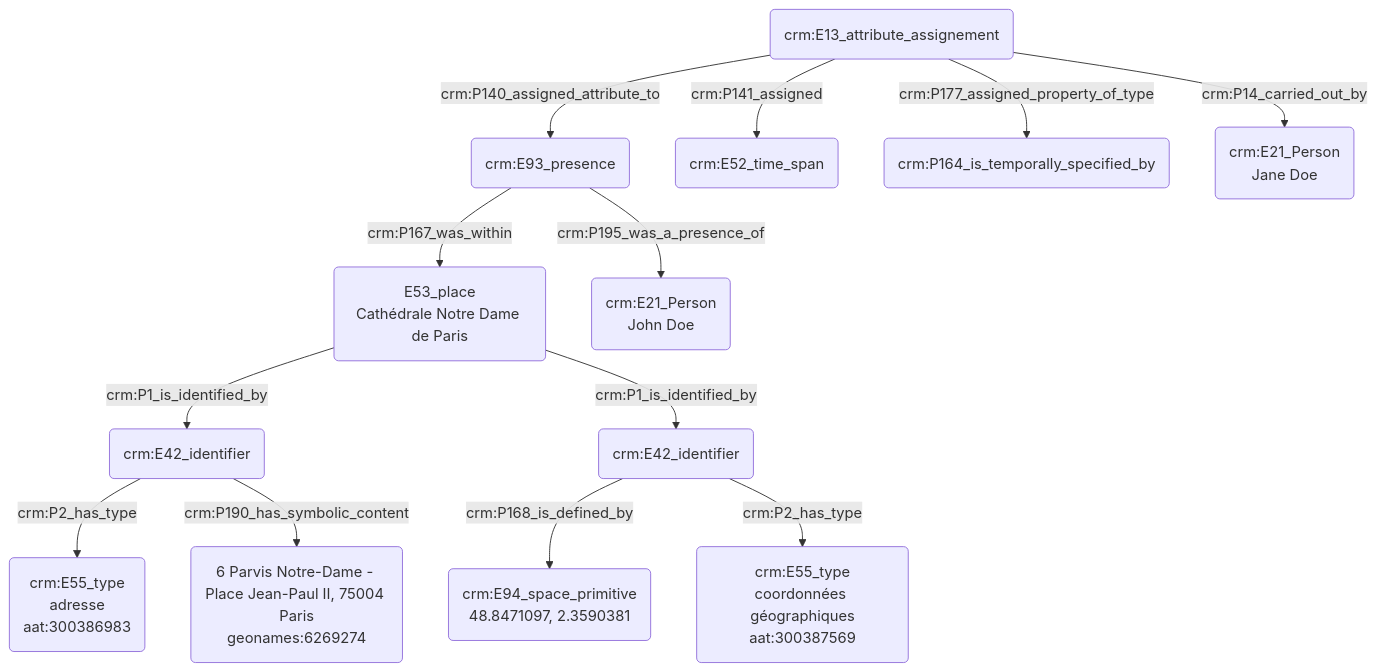
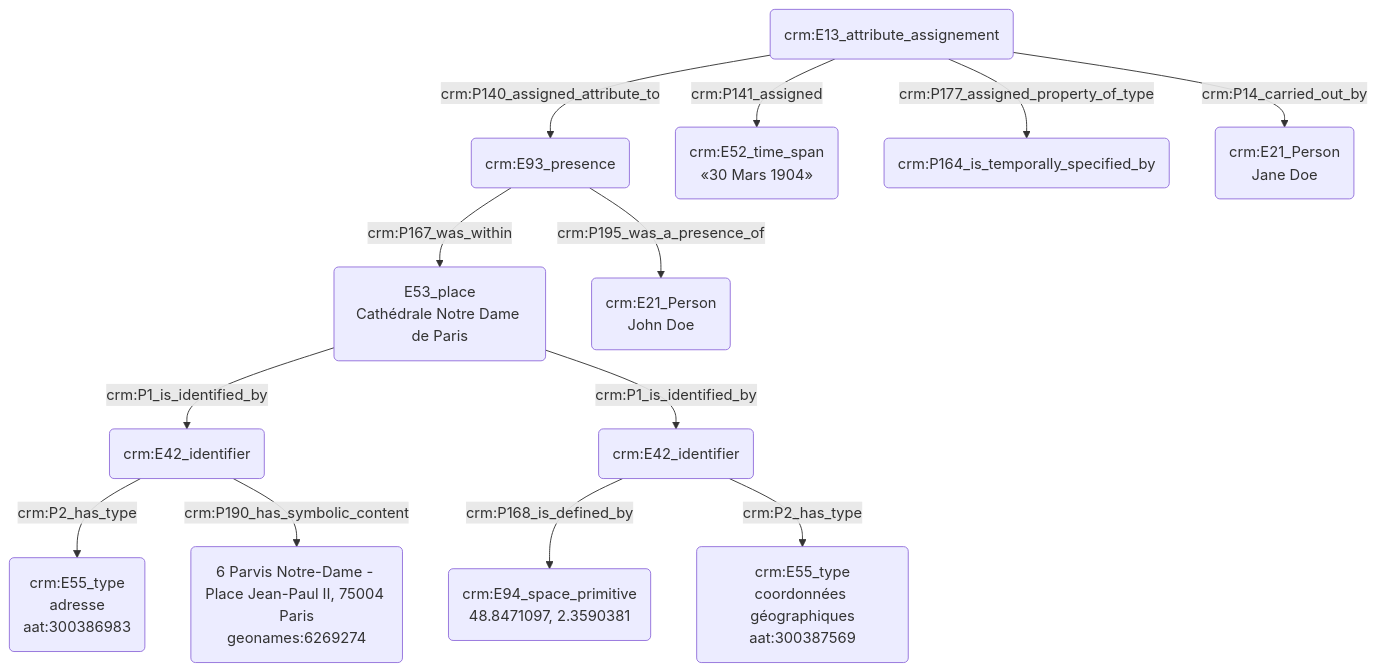
Before and after one commit to Amleth/consortium-musica2-gt2-ontologies: the diagram in modules/livrables/Dossier 2/Prosopographie/fréquentation d'un lieu à un instant donné.md, drawn with Mermaid.

Commit message:
Update fréquentation d'un lieu à un instant donné.md

````diff
--- a/modules/livrables/Dossier 2/Prosopographie/fréquentation d'un lieu à un instant donné.md
+++ b/modules/livrables/Dossier 2/Prosopographie/fréquentation d'un lieu à un instant donné.md
@@ -17,20 +17,20 @@
 ```mermaid
 graph TD;
 
 I(E53_place<br>Cathédrale Notre Dame de Paris) --> |crm:P1_is_identified_by| M(crm:E42_identifier)
 M(crm:E42_identifier) --> |crm:P2_has_type| K(crm:E55_type<br>adresse<br>aat:300386983)
 M(crm:E42_identifier) --> |crm:P190_has_symbolic_content| N(6 Parvis Notre-Dame - Place Jean-Paul II, 75004 Paris<br>geonames:6269274)
 I(E53_place<br>Cathédrale Notre Dame de Paris) --> |crm:P1_is_identified_by| X(crm:E42_identifier)
 X(crm:E42_identifier) --> |crm:P168_is_defined_by| L(crm:E94_space_primitive<br>48.8471097, 2.3590381)
 X(crm:E42_identifier) --> |crm:P2_has_type| Y(crm:E55_type<br>coordonnées géographiques<br>aat:300387569)
 
 
 U(crm:E13_attribute_assignement) --> |crm:P140_assigned_attribute_to| R(crm:E93_presence)
-U(crm:E13_attribute_assignement) --> |crm:P141_assigned| D(crm:E52_time_span)
+U(crm:E13_attribute_assignement) --> |crm:P141_assigned| D(crm:E52_time_span<br>«30 Mars 1904»)
 U(crm:E13_attribute_assignement) --> |crm:P177_assigned_property_of_type| S(crm:P164_is_temporally_specified_by)
 U(crm:E13_attribute_assignement) --> |crm:P14_carried_out_by| V(crm:E21_Person<br>Jane Doe)
 
 R(crm:E93_presence) --> |crm:P195_was_a_presence_of| A(crm:E21_Person<br>John Doe)
 R(crm:E93_presence) --> |crm:P167_was_within| I(E53_place<br>Cathédrale Notre Dame de Paris)
 
 ```
````
